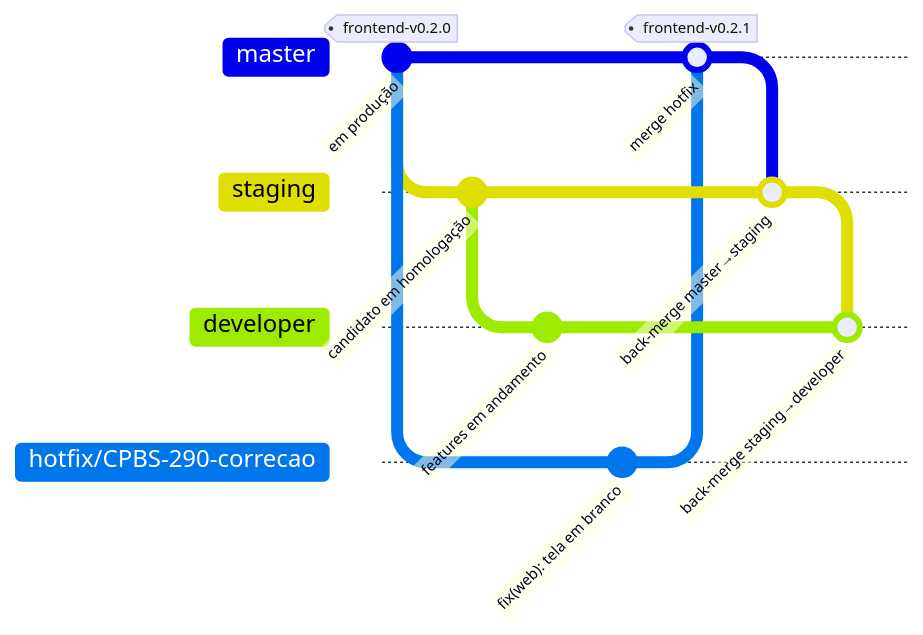
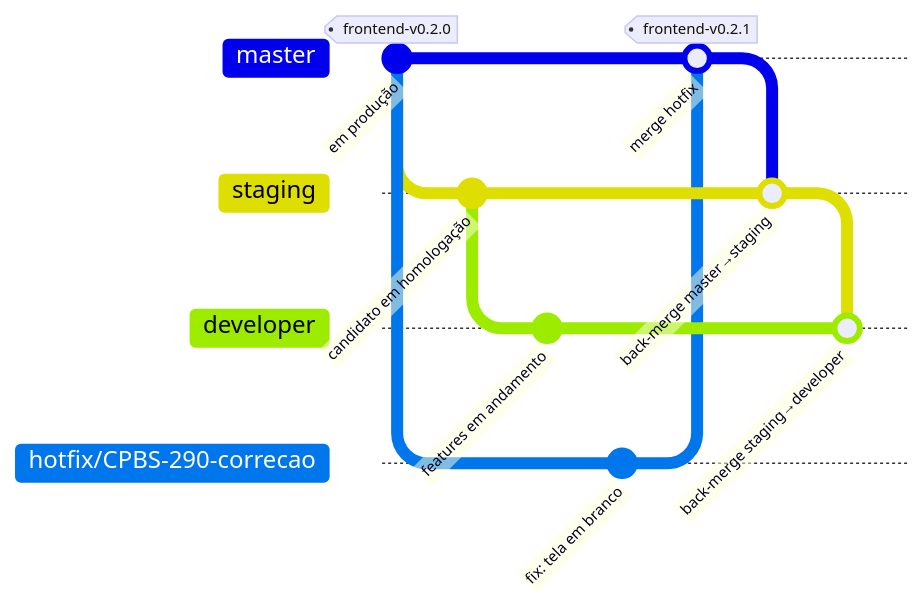
The third of 4 diagrams in frontend/CONTRIBUTING.md (oseasmoreto/bot-chat), drawn with Mermaid before and after one commit. The commit also changed other lines of this file and 32 other files, not shown here.

````diff
--- a/frontend/CONTRIBUTING.md
+++ b/frontend/CONTRIBUTING.md
@@ -146,18 +146,18 @@
 ```mermaid
 %%{init: {'gitGraph': {'mainBranchName': 'master'}}}%%
 gitGraph
     commit id: "em produção" tag: "frontend-v0.2.0"
     branch staging
     commit id: "candidato em homologação"
     branch developer
     commit id: "features em andamento"
     checkout master
     branch hotfix/CPBS-290-correcao
-    commit id: "fix(web): tela em branco"
+    commit id: "fix: tela em branco"
     checkout master
     merge hotfix/CPBS-290-correcao id: "merge hotfix" tag: "frontend-v0.2.1"
     checkout staging
     merge master id: "back-merge master→staging"
     checkout developer
     merge staging id: "back-merge staging→developer"
 ```
````
